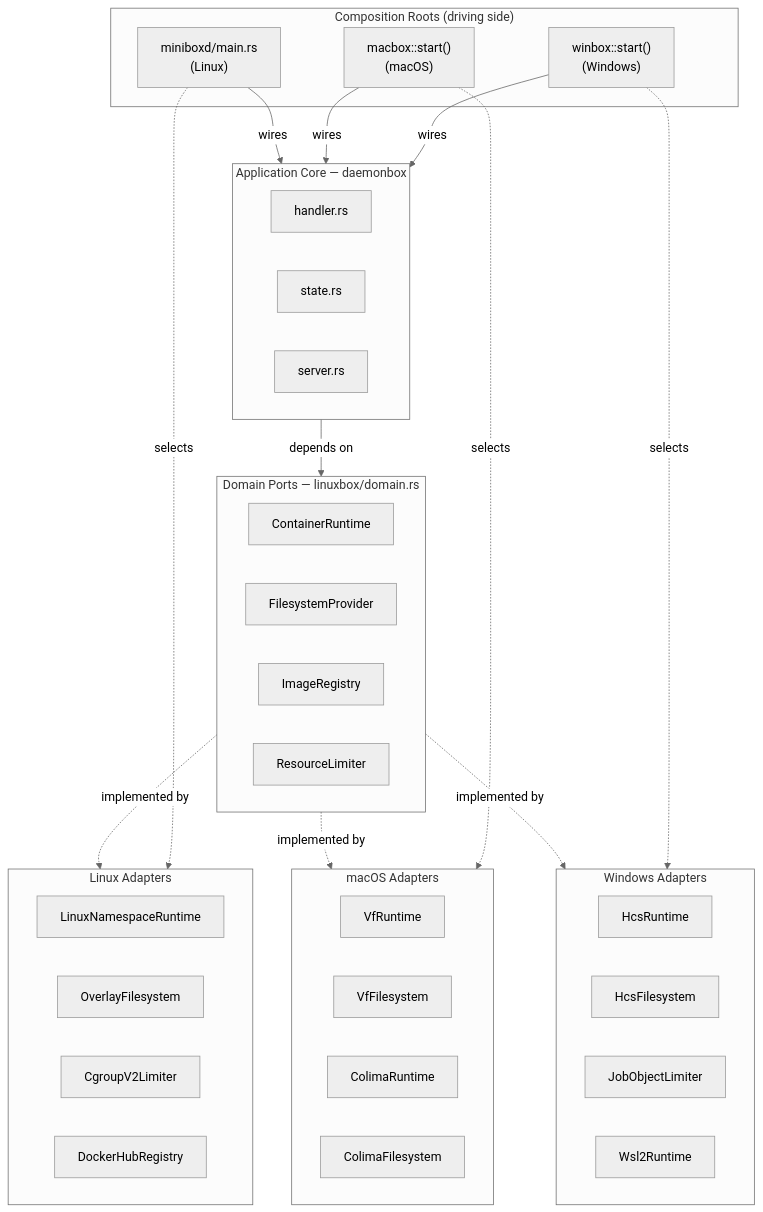
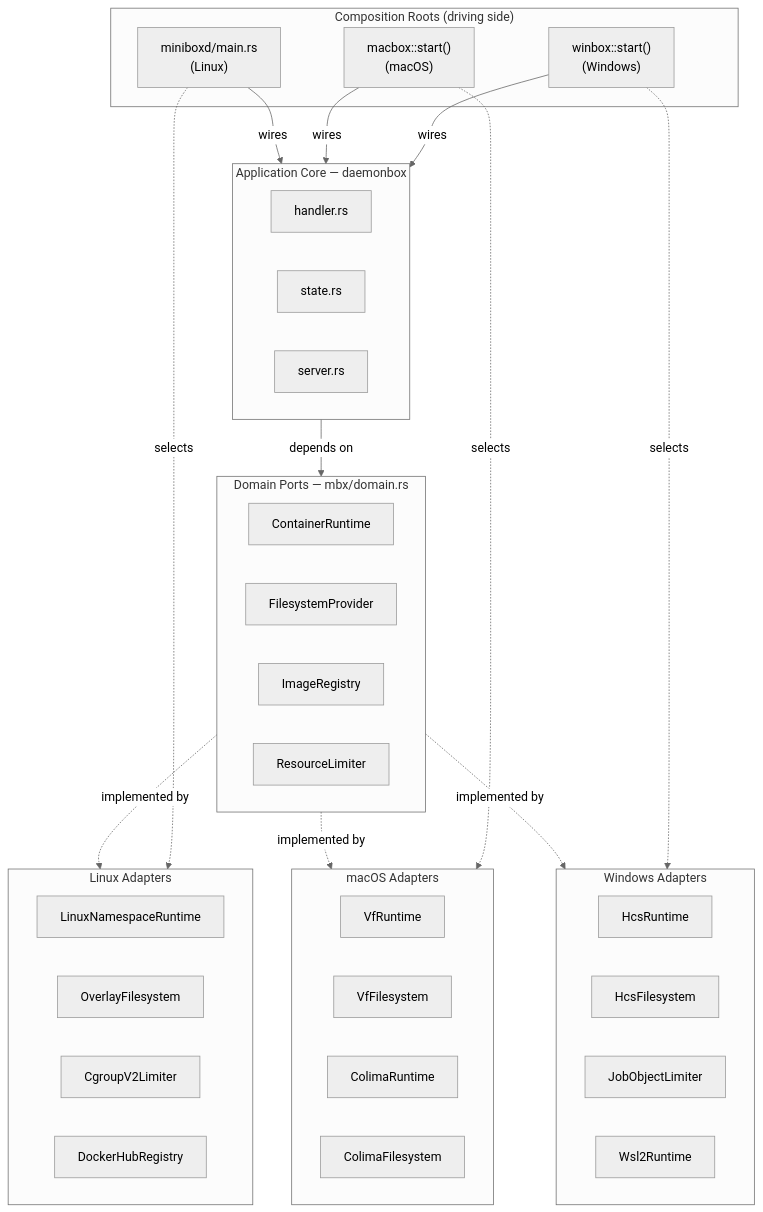
Before and after one commit to 89jobrien/minibox: the diagram in docs/diagrams/hexagonal-architecture.md, drawn with Mermaid (neutral theme). The commit also changed other lines of this file and 26 other files, not shown here.

Commit message:
docs: update CLAUDE.md and all .md files linuxbox → mbx

````diff
--- a/docs/diagrams/hexagonal-architecture.md
+++ b/docs/diagrams/hexagonal-architecture.md
@@ -50,56 +50,56 @@
 ```mermaid
 graph TB
     subgraph roots["Composition Roots (driving side)"]
         linux_root["miniboxd/main.rs\n(Linux)"]
         mac_root["macbox::start()\n(macOS)"]
         win_root["winbox::start()\n(Windows)"]
     end
 
     subgraph core["Application Core — daemonbox"]
         handler["handler.rs"]
         state["state.rs"]
         server["server.rs"]
     end
 
-    subgraph ports["Domain Ports — linuxbox/domain.rs"]
+    subgraph ports["Domain Ports — mbx/domain.rs"]
         runtime_trait["ContainerRuntime"]
         fs_trait["FilesystemProvider"]
         registry_trait["ImageRegistry"]
         limiter_trait["ResourceLimiter"]
     end
 
     subgraph adapters_linux["Linux Adapters"]
         ln_rt["LinuxNamespaceRuntime"]
         ln_fs["OverlayFilesystem"]
         ln_lim["CgroupV2Limiter"]
         ln_reg["DockerHubRegistry"]
     end
 
     subgraph adapters_mac["macOS Adapters"]
         vf_rt["VfRuntime"]
         vf_fs["VfFilesystem"]
         col_rt["ColimaRuntime"]
         col_fs["ColimaFilesystem"]
     end
 
     subgraph adapters_win["Windows Adapters"]
         hcs_rt["HcsRuntime"]
         hcs_fs["HcsFilesystem"]
         job_lim["JobObjectLimiter"]
         wsl_rt["Wsl2Runtime"]
     end
 
     linux_root -->|"wires"| core
     mac_root -->|"wires"| core
     win_root -->|"wires"| core
 
     core -->|"depends on"| ports
 
     ports -.->|"implemented by"| adapters_linux
     ports -.->|"implemented by"| adapters_mac
     ports -.->|"implemented by"| adapters_win
 
     linux_root -.->|"selects"| adapters_linux
     mac_root -.->|"selects"| adapters_mac
     win_root -.->|"selects"| adapters_win
 ```
````
